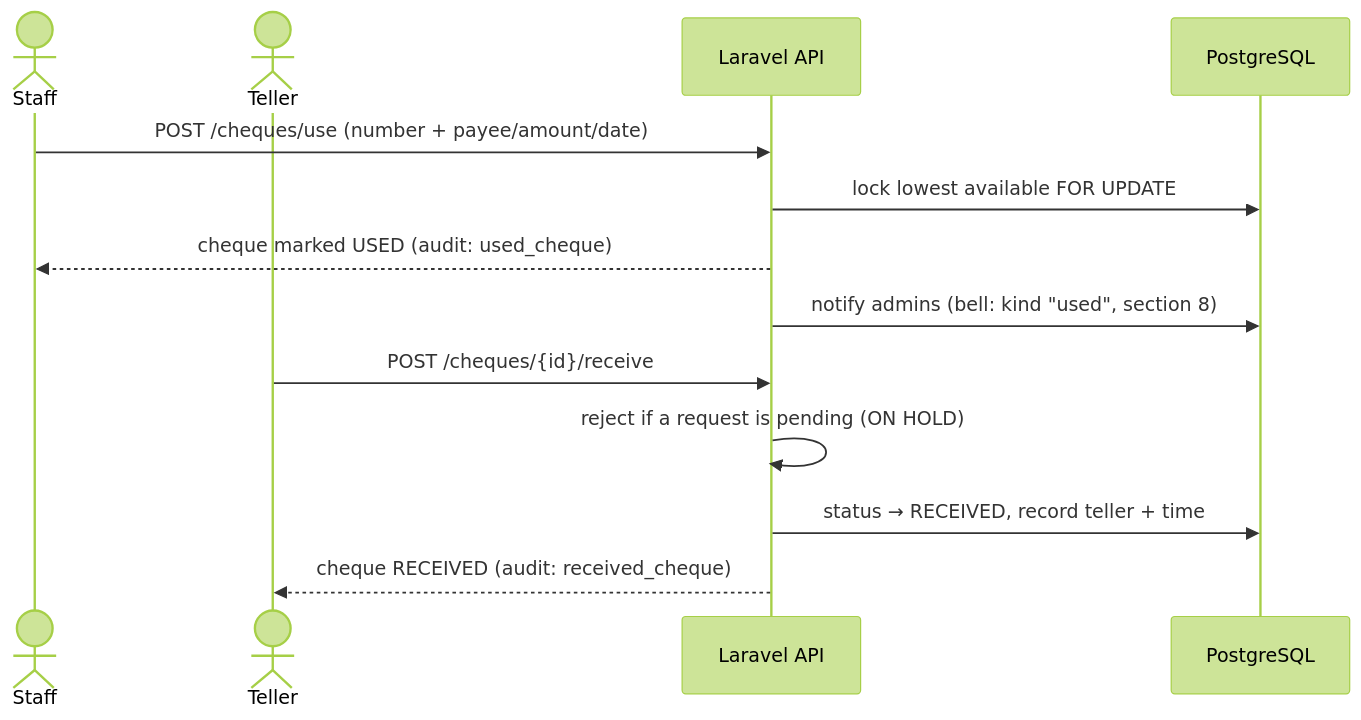
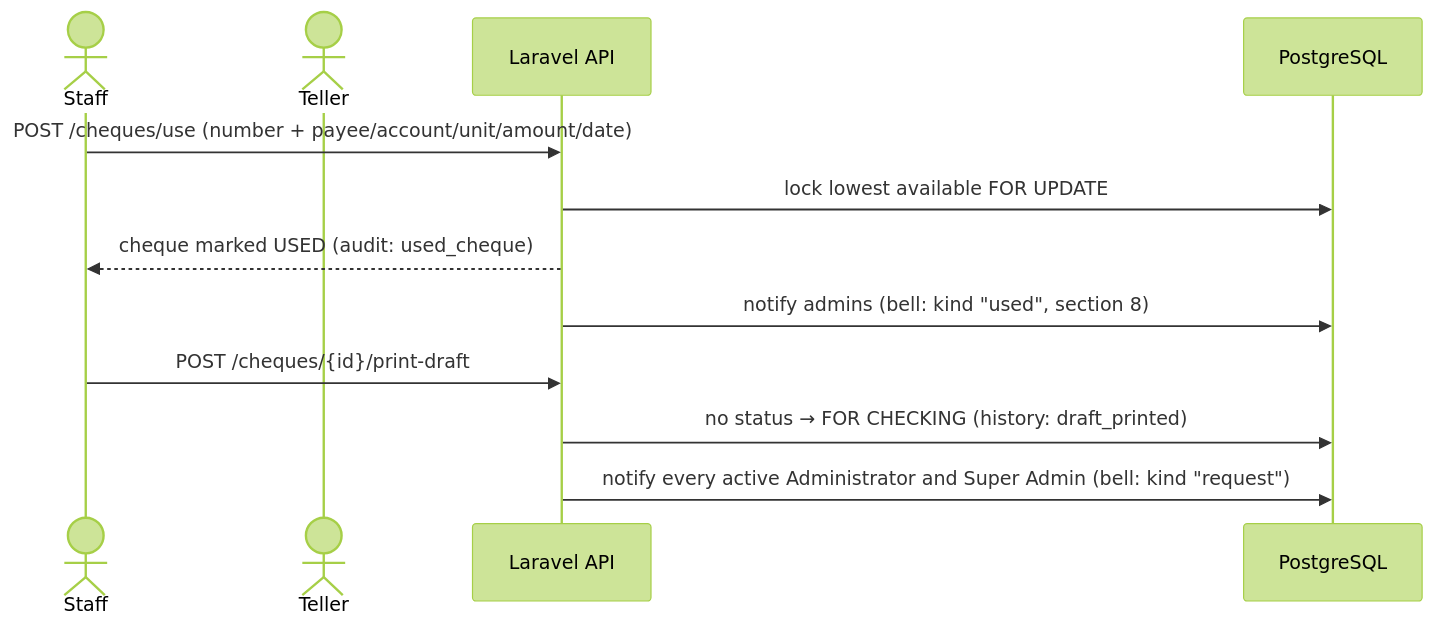
One commit to nicolasjob21/E-MDS changed the eighth of 13 diagrams in docs/DOCUMENTATION.md. Above: the diagram before and after it, drawn with Mermaid (forest theme). The commit also changed other lines of this file and 165 other files, not shown here.

First line of the commit message:
Rework the LDDAP and ACIC teller flows; add creditors, PCG personnel and filters

````diff
--- a/docs/DOCUMENTATION.md
+++ b/docs/DOCUMENTATION.md
@@ -591,17 +780,16 @@
 ```mermaid
 sequenceDiagram
     actor Staff
     actor Teller
     participant API as Laravel API
     participant DB as PostgreSQL
 
-    Staff->>API: POST /cheques/use (number + payee/amount/date)
+    Staff->>API: POST /cheques/use (number + payee/account/unit/amount/date)
     API->>DB: lock lowest available FOR UPDATE
     API-->>Staff: cheque marked USED (audit: used_cheque)
     API->>DB: notify admins (bell: kind "used", section 8)
 
-    Teller->>API: POST /cheques/{id}/receive
-    API->>API: reject if a request is pending (ON HOLD)
-    API->>DB: status → RECEIVED, record teller + time
-    API-->>Teller: cheque RECEIVED (audit: received_cheque)
+    Staff->>API: POST /cheques/{id}/print-draft
+    API->>DB: no status → FOR CHECKING (history: draft_printed)
+    API->>DB: notify every active Administrator and Super Admin (bell: kind "request")
 ```
````
